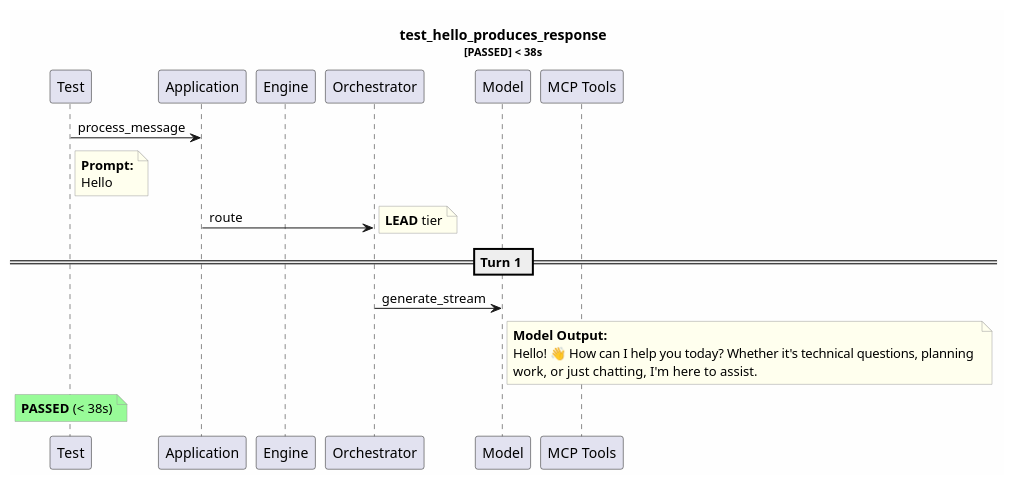
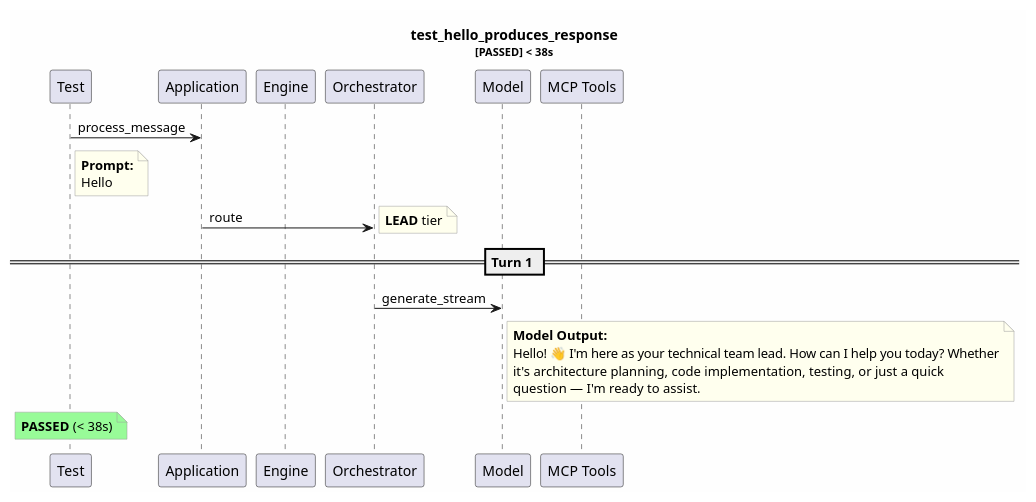
The diagram in test-reports/logs/test_hello_produces_response/test_hello_produces_response.puml (tvanfossen/entropic), drawn with PlantUML before and after one commit. The commit also changed 14 other files, not shown here.

```diff
--- a/test-reports/logs/test_hello_produces_response/test_hello_produces_response.puml
+++ b/test-reports/logs/test_hello_produces_response/test_hello_produces_response.puml
@@ -1,32 +1,33 @@
 @startuml
 skinparam backgroundColor #FEFEFE
 skinparam noteBorderColor #999999
 skinparam noteBackgroundColor #FFFFEE
 title test_hello_produces_response\n<size:11>[PASSED] < 38s</size>
 
 participant "Test" as T
 participant "Application" as App
 participant "Engine" as Eng
 participant "Orchestrator" as Orch
 participant "Model" as Mdl
 participant "MCP Tools" as MCP
 
 T -> App: process_message
 note right of T
   **Prompt:**
   Hello
 end note
 App -> Orch: route
 note right: **LEAD** tier
 == Turn 1 ==
 Orch -> Mdl: generate_stream
 note right of Mdl
   **Model Output:**
-  Hello! 👋 How can I help you today? Whether it's technical questions, planning 
-  work, or just chatting, I'm here to assist.
+  Hello! 👋 I'm here as your technical team lead. How can I help you today? Whether
+  it's architecture planning, code implementation, testing, or just a quick 
+  question — I'm ready to assist.
 end note
 note over T #palegreen
   **PASSED** (< 38s)
 end note
 
 @enduml
```
